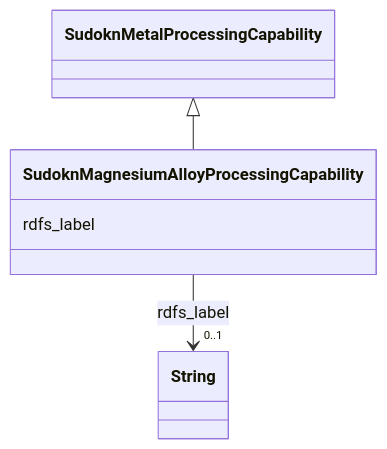
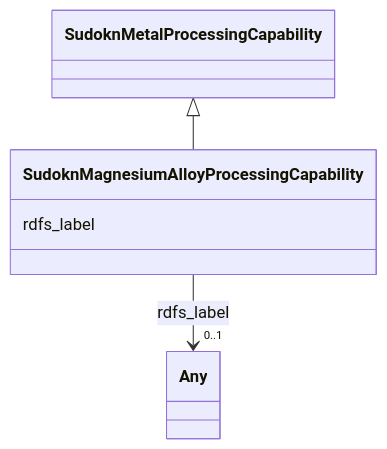
The diagram in sudokn-kg/classes/SudoknMagnesiumAlloyProcessingCapability.md (frink-okn/graph-descriptions), drawn with Mermaid before and after one commit. The commit also changed other lines of this file and 903 other files, not shown here.

````diff
--- a/sudokn-kg/classes/SudoknMagnesiumAlloyProcessingCapability.md
+++ b/sudokn-kg/classes/SudoknMagnesiumAlloyProcessingCapability.md
@@ -23,18 +16,18 @@
 ```mermaid
  classDiagram
     class SudoknMagnesiumAlloyProcessingCapability
     click SudoknMagnesiumAlloyProcessingCapability href "../SudoknMagnesiumAlloyProcessingCapability"
       SudoknMetalProcessingCapability <|-- SudoknMagnesiumAlloyProcessingCapability
         click SudoknMetalProcessingCapability href "../SudoknMetalProcessingCapability"
       
       SudoknMagnesiumAlloyProcessingCapability : rdfs_label
         
           
     
     
-    SudoknMagnesiumAlloyProcessingCapability --> "0..1" String : rdfs_label
-    click String href "../String"
+    SudoknMagnesiumAlloyProcessingCapability --> "0..1" Any : rdfs_label
+    click Any href "../Any"
 
         
       
 ```
````
